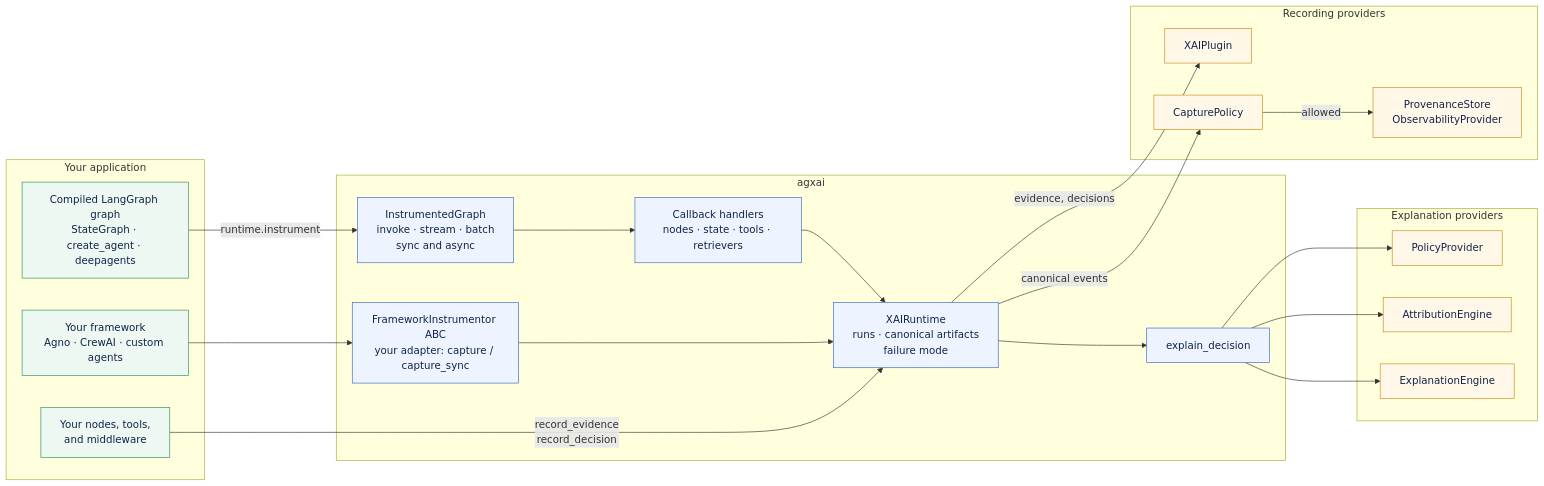
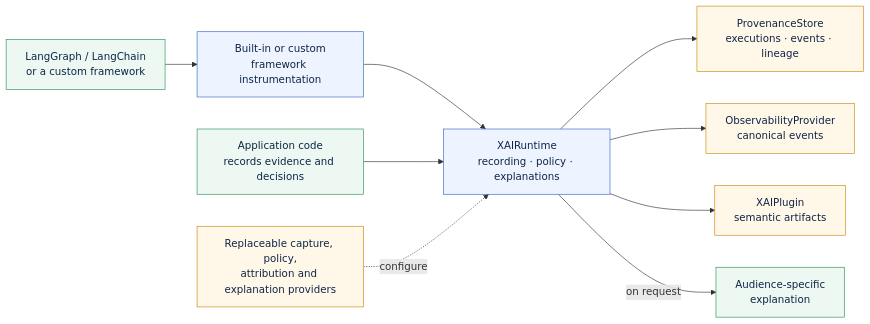
Before and after one commit to smuniharish/agxai: the diagram in diagrams/architecture-overview.mmd, drawn with Mermaid. The commit also changed 49 other files, not shown here.

```diff
--- a/diagrams/architecture-overview.mmd
+++ b/diagrams/architecture-overview.mmd
@@ -1,40 +1,22 @@
 flowchart LR
     classDef app fill:#ecf8f1,stroke:#2f8f5b,color:#0f2547
     classDef core fill:#eef4ff,stroke:#3567c7,color:#0f2547
     classDef provider fill:#fff7e8,stroke:#c98a12,color:#0f2547
 
-    subgraph Application["Your application"]
-        compiled["Compiled LangGraph graph<br/>StateGraph · create_agent · deepagents"]:::app
-        custom["Your framework<br/>Agno · CrewAI · custom agents"]:::app
-        code["Your nodes, tools,<br/>and middleware"]:::app
-    end
+    application["LangGraph / LangChain<br/>or a custom framework"]:::app
+    integration["Built-in or custom<br/>framework instrumentation"]:::core
+    code["Application code<br/>records evidence and decisions"]:::app
+    runtime["XAIRuntime<br/>recording · policy · explanations"]:::core
+    providers["Replaceable capture, policy,<br/>attribution and explanation providers"]:::provider
+    store["ProvenanceStore<br/>executions · events · lineage"]:::provider
+    observe["ObservabilityProvider<br/>canonical events"]:::provider
+    plugins["XAIPlugin<br/>semantic artifacts"]:::provider
+    explanation["Audience-specific<br/>explanation"]:::app
 
-    subgraph XAI["agxai"]
-        proxy["InstrumentedGraph<br/>invoke · stream · batch<br/>sync and async"]:::core
-        callbacks["Callback handlers<br/>nodes · state · tools · retrievers"]:::core
-        runtime["XAIRuntime<br/>runs · canonical artifacts<br/>failure mode"]:::core
-        adapter["FrameworkInstrumentor ABC<br/>your adapter: capture / capture_sync"]:::core
-        explain["explain_decision"]:::core
-    end
-
-    subgraph Recording["Recording providers"]
-        plugins["XAIPlugin"]:::provider
-        capture["CapturePolicy"]:::provider
-        sinks["ProvenanceStore<br/>ObservabilityProvider"]:::provider
-    end
-
-    subgraph Explaining["Explanation providers"]
-        policy["PolicyProvider"]:::provider
-        attribution["AttributionEngine"]:::provider
-        engine["ExplanationEngine"]:::provider
-    end
-
-    compiled -- "runtime.instrument" --> proxy --> callbacks --> runtime
-    custom --> adapter --> runtime
-    code -- "record_evidence<br/>record_decision" --> runtime
-    runtime -- "evidence, decisions" --> plugins
-    runtime -- "canonical events" --> capture -- "allowed" --> sinks
-    runtime --> explain
-    explain --> policy
-    explain --> attribution
-    explain --> engine
+    application --> integration --> runtime
+    code --> runtime
+    providers -. "configure" .-> runtime
+    runtime --> store
+    runtime --> observe
+    runtime --> plugins
+    runtime -- "on request" --> explanation
```
